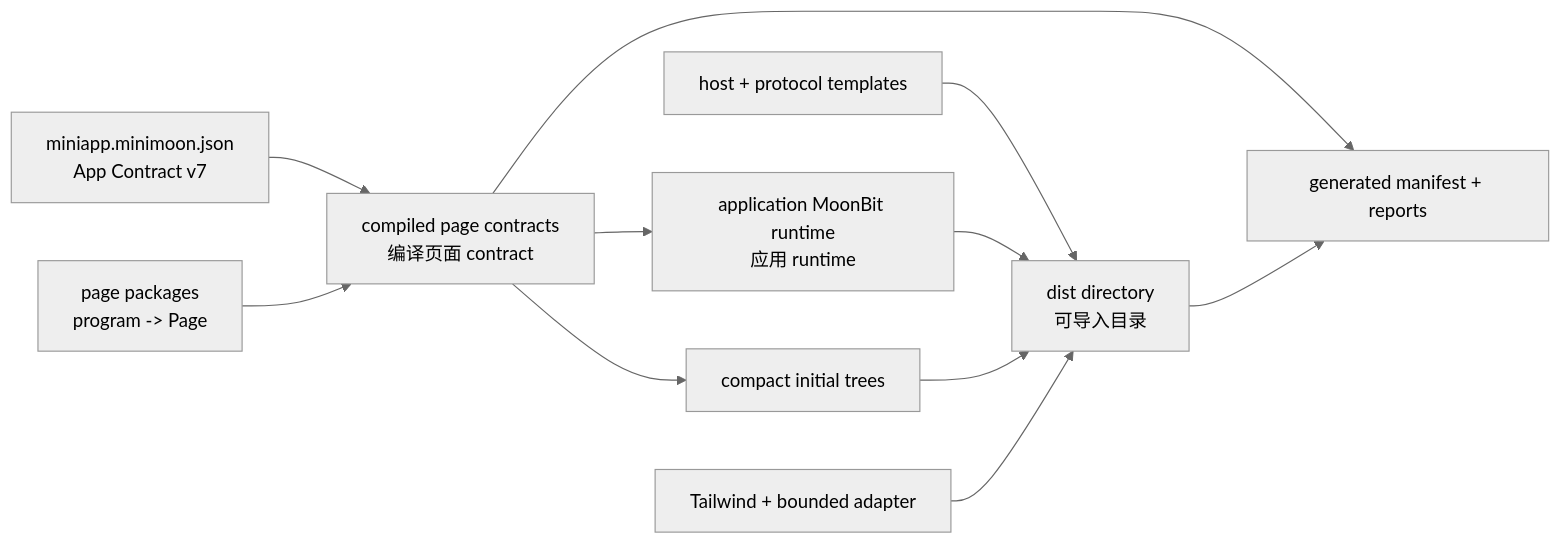
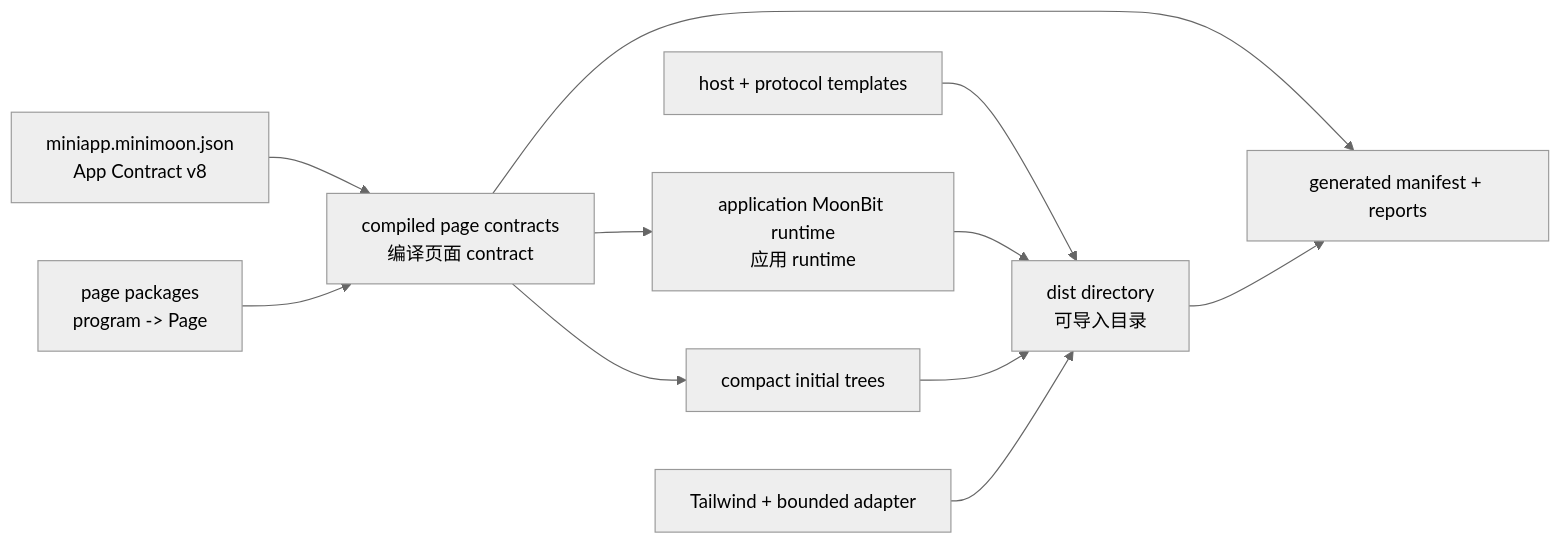
Before and after one commit to lucavance/minimoon: the diagram in docs/code-analysis/assets/diagrams/source/06-BUILD-VERIFY-AND-RELEASE-1.mmd, drawn with Mermaid (neutral theme). The commit also changed 296 other files, not shown here.

```diff
--- a/docs/code-analysis/assets/diagrams/source/06-BUILD-VERIFY-AND-RELEASE-1.mmd
+++ b/docs/code-analysis/assets/diagrams/source/06-BUILD-VERIFY-AND-RELEASE-1.mmd
@@ -1,21 +1,21 @@
 flowchart LR
-    Config[miniapp.minimoon.json<br/>App Contract v7]
+    Config[miniapp.minimoon.json<br/>App Contract v8]
     PagePkg[page packages<br/>program -> Page]
     Contract[compiled page contracts<br/>编译页面 contract]
     AppRuntime[application MoonBit runtime<br/>应用 runtime]
     Host[host + protocol templates]
     Initial[compact initial trees]
     Tailwind[Tailwind + bounded adapter]
     Dist[dist directory<br/>可导入目录]
     Reports[generated manifest + reports]
 
     Config --> Contract
     PagePkg --> Contract
     Contract --> AppRuntime
     Contract --> Initial
     Host --> Dist
     AppRuntime --> Dist
     Initial --> Dist
     Tailwind --> Dist
     Contract --> Reports
     Dist --> Reports
```
